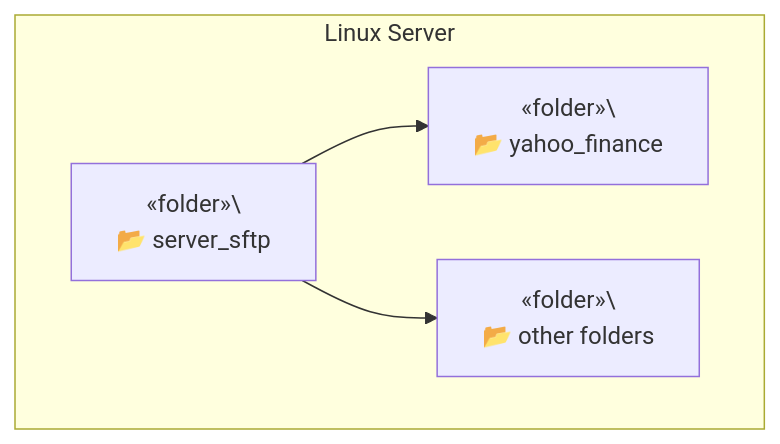
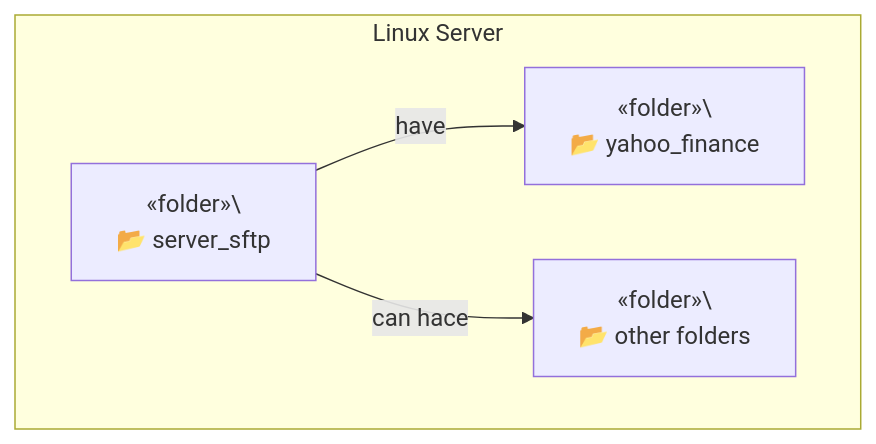
Before and after one commit to TrulyDigital/DATA_STREET: the second of 3 diagrams in server_sftp/README.md, drawn with Mermaid.

Commit message:
update: server_sftp README.md

````diff
--- a/server_sftp/README.md
+++ b/server_sftp/README.md
@@ -14,11 +14,11 @@
 ```mermaid
 graph TD
     subgraph Contenedor_A [Linux Server]
         A1[&laquo;folder&raquo;\<br/> 📂 server_sftp]
         A2[&laquo;folder&raquo;\<br/> 📂 yahoo_finance]
         A3[&laquo;folder&raquo;\<br/> 📂 other folders]
     end
 
-    A1 --> A2
-    A1 --> A3
+    A1 -- have --> A2
+    A1 -- can hace --> A3
 ```
````
